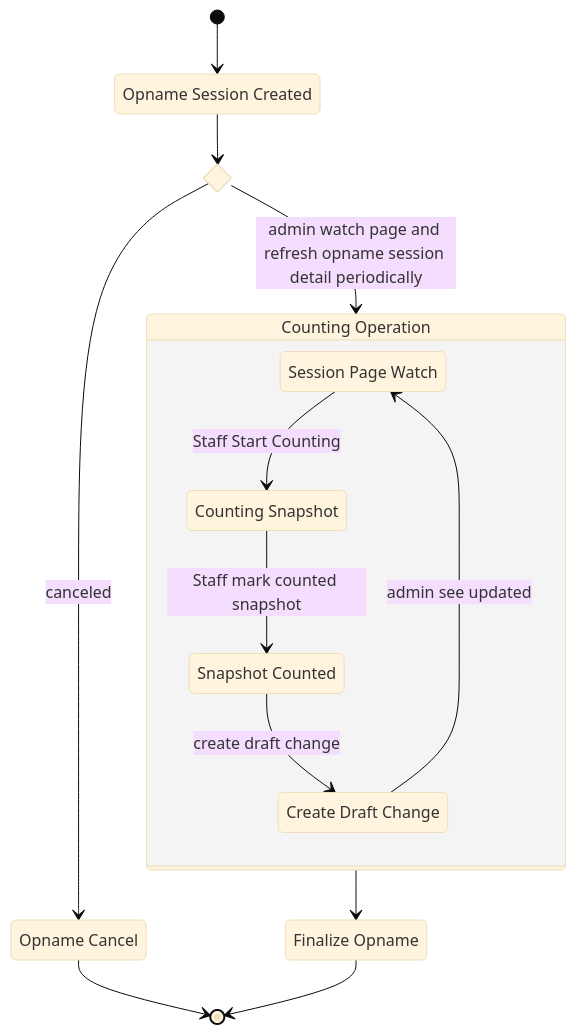
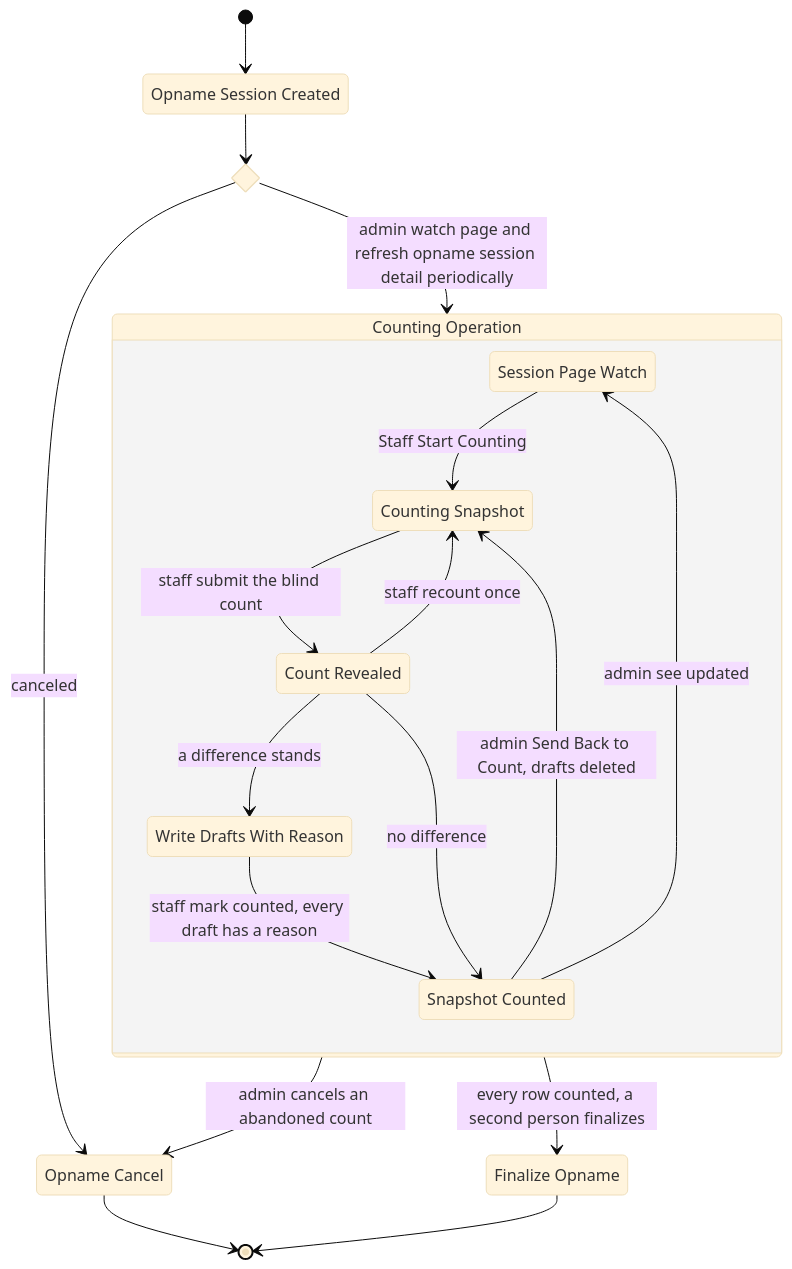
One commit to pdcgo/warehouse_revamp changed the second of 3 diagrams in docs/business/inventory/opname.md. Above: the diagram before and after it, drawn with Mermaid (base theme). The commit also changed other lines of this file and 5 other files, not shown here.

````diff
--- a/docs/business/inventory/opname.md
+++ b/docs/business/inventory/opname.md
@@ -142,34 +171,38 @@
 ```mermaid
 stateDiagram-v2
 
 state "Opname Session Created" as opc
 state "Opname Cancel" as opcancel
 state op_choice <<choice>>
 state "Finalize Opname" as finalize
-
 
 [*]-->opc
 opc-->op_choice
 op_choice-->countops: admin watch page and refresh opname session detail periodically
 op_choice-->opcancel: canceled
 opcancel-->[*]
 
 countops: Counting Operation
 state countops {
     state "Session Page Watch" as watch
+    state "Counting Snapshot" as counting
+    state "Count Revealed" as revealed
+    state "Write Drafts With Reason" as draft
     state "Snapshot Counted" as counted
-    state "Counting Snapshot" as counting
-    state "Create Draft Change" as draft
 
-    
     watch-->counting: Staff Start Counting
-    counting-->counted: Staff mark counted snapshot
-    counted-->draft: create draft change
-    draft-->watch: admin see updated
+    counting-->revealed: staff submit the blind count
+    revealed-->counting: staff recount once
+    revealed-->draft: a difference stands
+    revealed-->counted: no difference
+    draft-->counted: staff mark counted, every draft has a reason
+    counted-->watch: admin see updated
+    counted-->counting: admin Send Back to Count, drafts deleted
 }
 
-countops-->finalize
+countops-->opcancel: admin cancels an abandoned count
+countops-->finalize: every row counted, a second person finalizes
 
 finalize-->[*]
 
 ```
````
